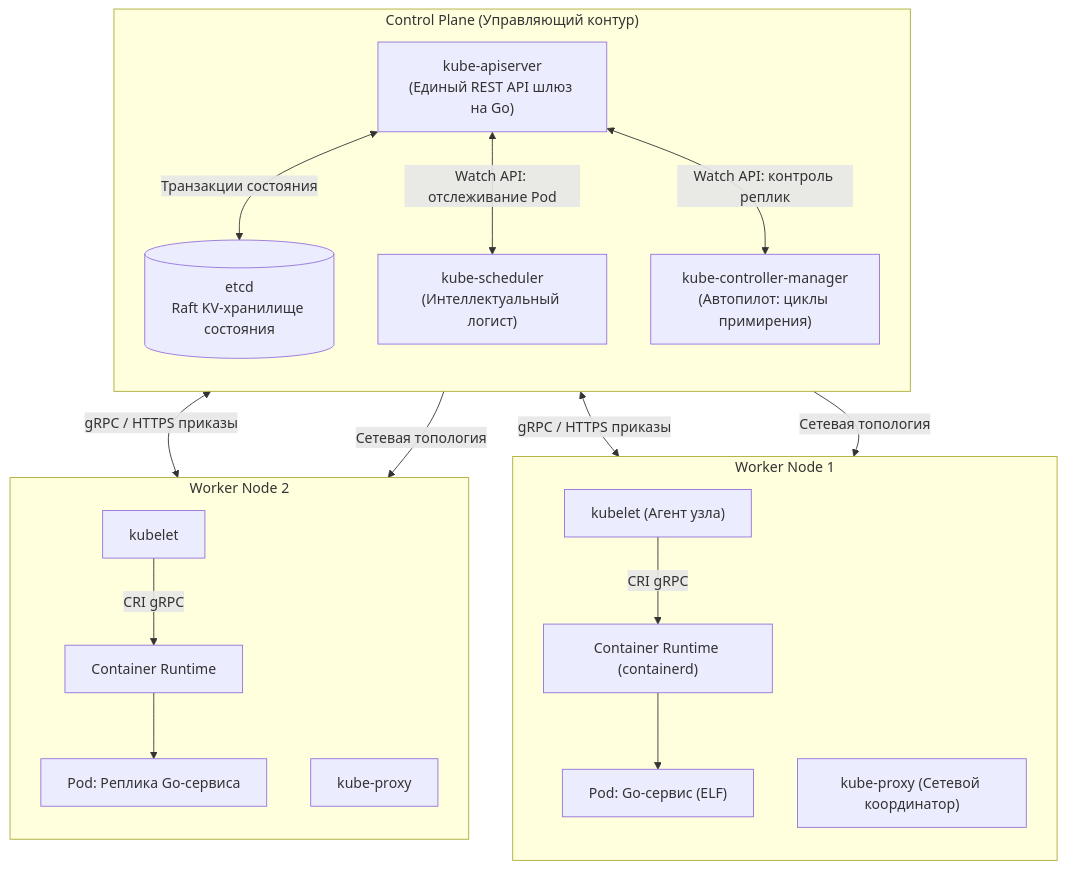
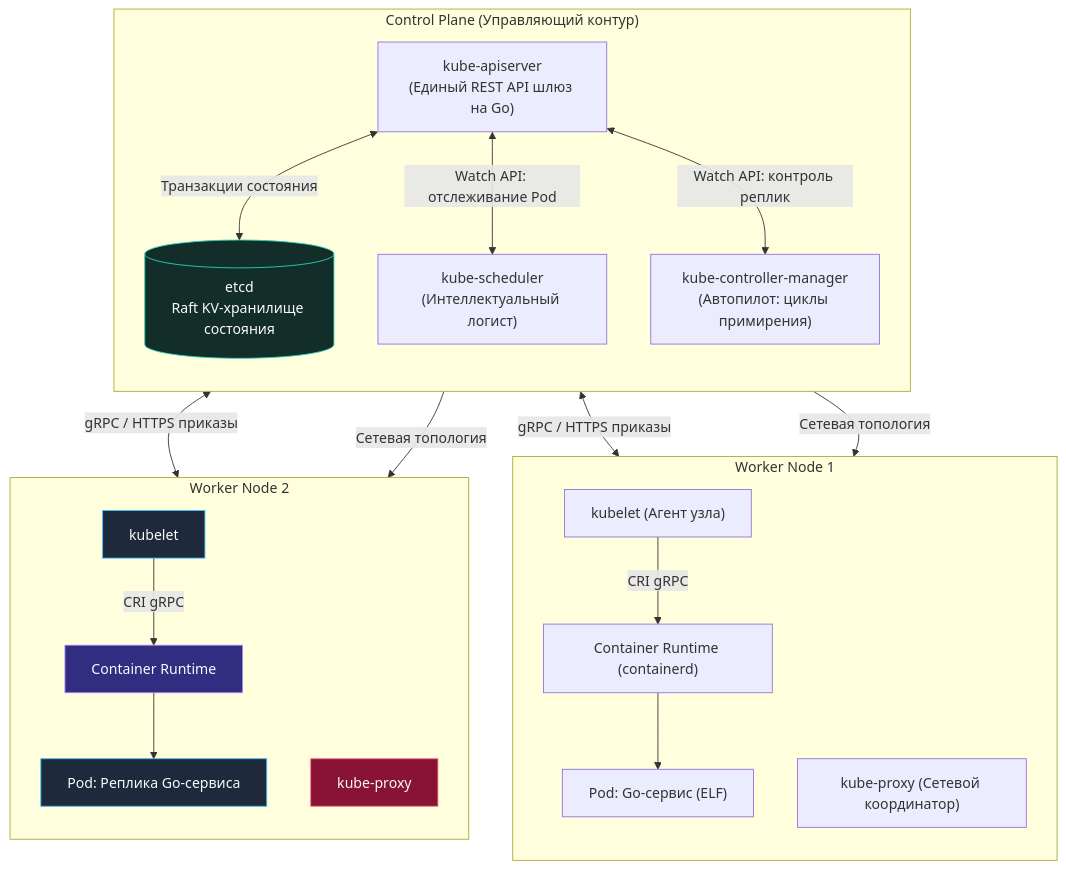
Before and after one commit to UnrealTemplier/go-textbook: the first of 3 diagrams in sources/14. Распределенные системы на Go/07. Kubernetes и деплой/2. Kubernetes. Основы.md, drawn with Mermaid. The commit also changed other lines of this file and 1666 other files, not shown here.

First line of the commit message:
feat(mermaid): add semantic color classDef to 1369 colorless flowchart/graph diagrams

````diff
--- a/sources/14. Распределенные системы на Go/07. Kubernetes и деплой/2. Kubernetes. Основы.md
+++ b/sources/14. Распределенные системы на Go/07. Kubernetes и деплой/2. Kubernetes. Основы.md
@@ -26,38 +26,48 @@
 ```mermaid
 flowchart TD
+    classDef process  fill:#1e293b,stroke:#38bdf8,stroke-width:1px,color:#f8fafc
+    classDef success  fill:#064e3b,stroke:#34d399,stroke-width:1px,color:#f8fafc
+    classDef error    fill:#7f1d1d,stroke:#f87171,stroke-width:1px,color:#f8fafc
+    classDef warning  fill:#78350f,stroke:#fbbf24,stroke-width:1px,color:#f8fafc
+    classDef entry    fill:#1e3a5f,stroke:#38bdf8,stroke-width:2px,color:#f8fafc
+    classDef aux      fill:#334155,stroke:#64748b,stroke-width:1px,color:#f8fafc
+    classDef system   fill:#312e81,stroke:#a78bfa,stroke-width:1px,color:#f8fafc
+    classDef data     fill:#132d29,stroke:#2dd4bf,stroke-width:1px,color:#f8fafc
+    classDef network  fill:#881337,stroke:#fb7185,stroke-width:1px,color:#f8fafc
+    classDef accent   fill:#1e1b4b,stroke:#818cf8,stroke-width:1px,color:#f8fafc
     subgraph CP ["Control Plane (Управляющий контур)"]
         direction TB
         API["kube-apiserver<br>(Единый REST API шлюз на Go)"]
-        ETCD[("etcd<br>Raft KV-хранилище состояния")]
+        ETCD[("etcd<br>Raft KV-хранилище состояния")]:::data
         SCHED["kube-scheduler<br>(Интеллектуальный логист)"]
         CTRL["kube-controller-manager<br>(Автопилот: циклы примирения)"]
     end
 
     subgraph Node1 ["Worker Node 1"]
         direction TB
         KUB1["kubelet (Агент узла)"]
         PROXY1["kube-proxy (Сетевой координатор)"]
         CRI1["Container Runtime (containerd)"]
         POD1["Pod: Go-сервис (ELF)"]
     end
 
     subgraph Node2 ["Worker Node 2"]
         direction TB
-        KUB2["kubelet"]
-        PROXY2["kube-proxy"]
-        CRI2["Container Runtime"]
-        POD2["Pod: Реплика Go-сервиса"]
+        KUB2["kubelet"]:::process
+        PROXY2["kube-proxy"]:::network
+        CRI2["Container Runtime"]:::system
+        POD2["Pod: Реплика Go-сервиса"]:::process
     end
 
     API <-->|"Транзакции состояния"| ETCD
     API <-->|"Watch API: отслеживание Pod"| SCHED
     API <-->|"Watch API: контроль реплик"| CTRL
 
     API <-->|"gRPC / HTTPS приказы"| KUB1
     API <-->|"gRPC / HTTPS приказы"| KUB2
     API -->|"Сетевая топология"| PROXY1
     API -->|"Сетевая топология"| PROXY2
 
     KUB1 -->|"CRI gRPC"| CRI1 --> POD1
     KUB2 -->|"CRI gRPC"| CRI2 --> POD2
 ```
````
